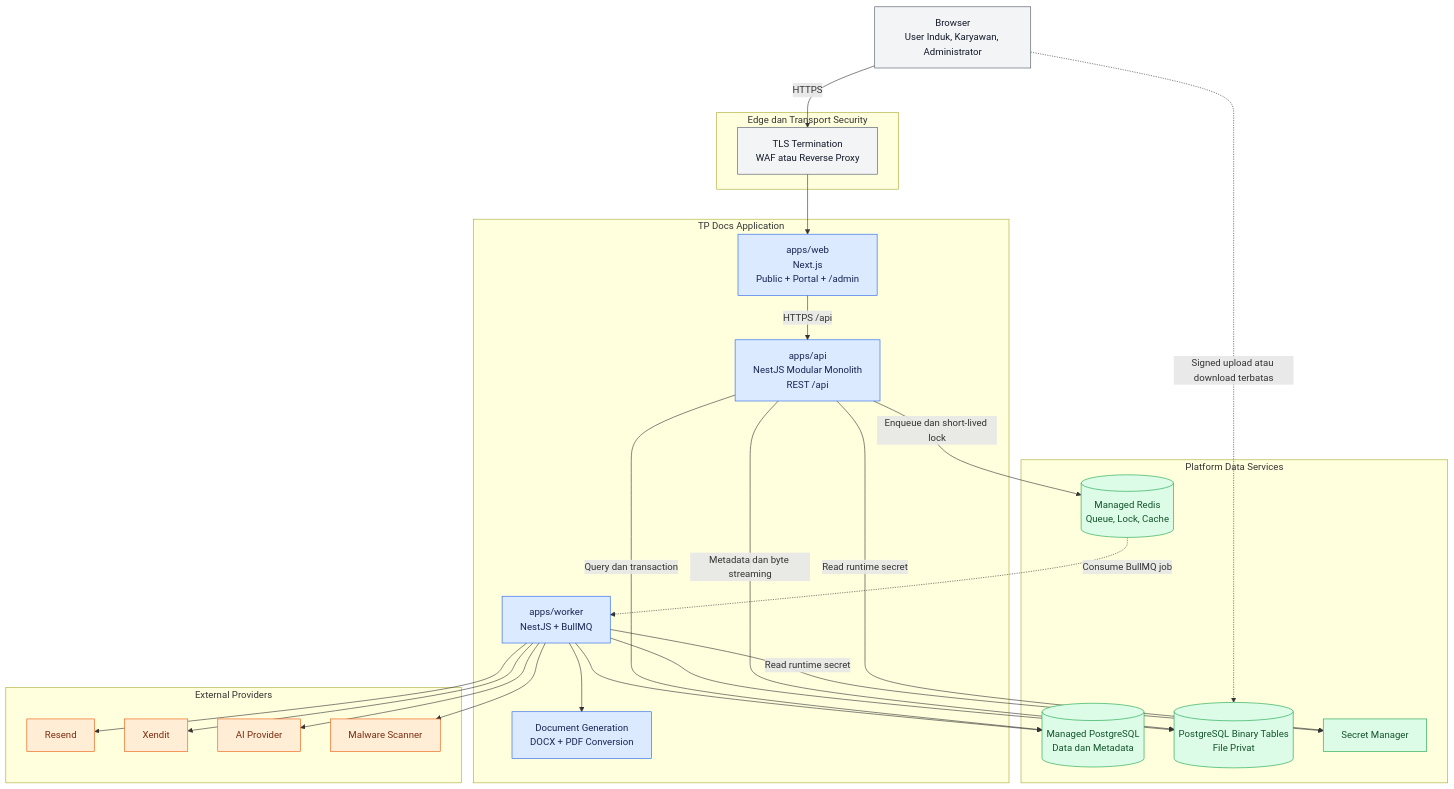
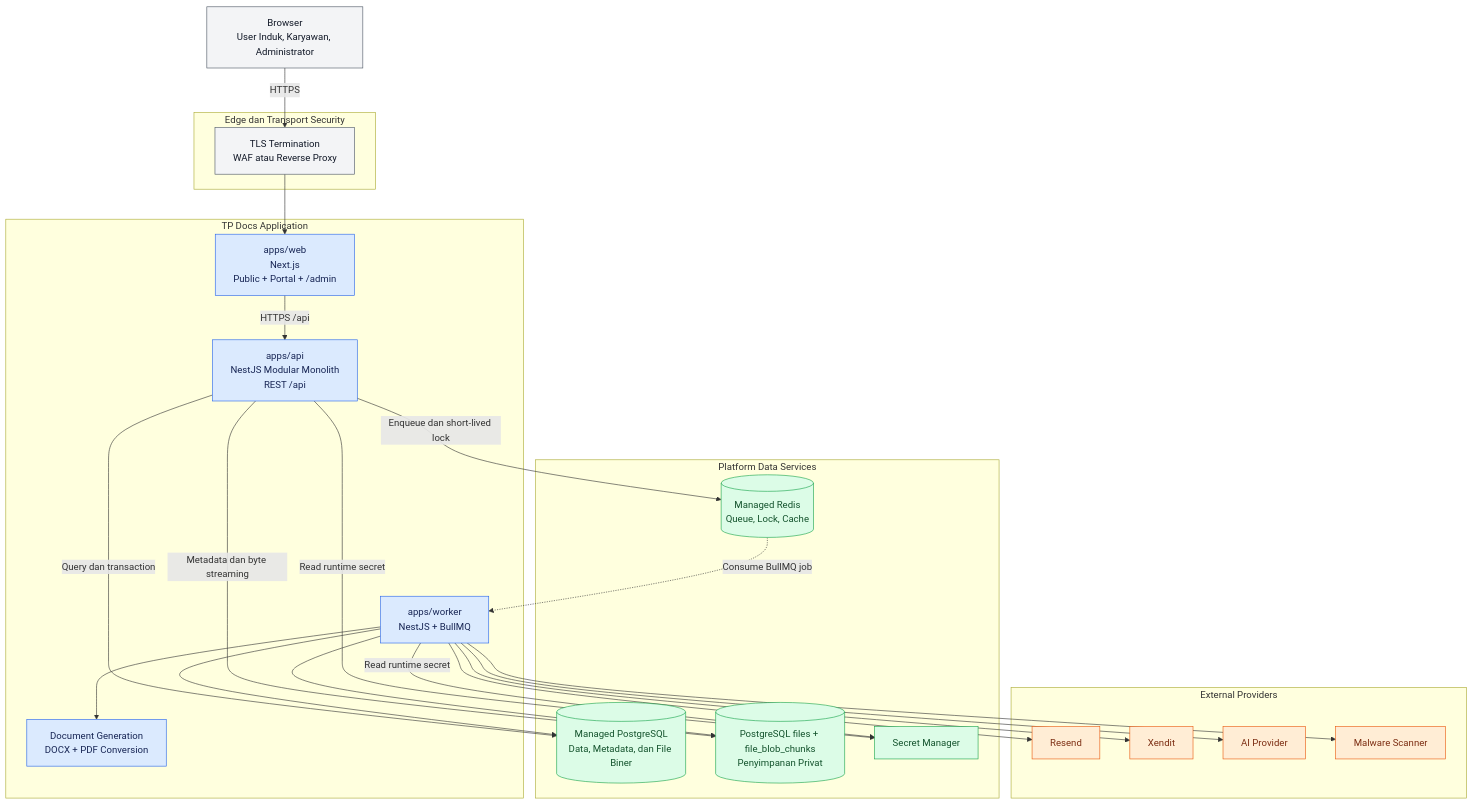
One commit to dayatmuc/tp-docs-documentation changed the second of 8 diagrams in 01-By-System/05-Architecture/System-Architecture.md. Above: the diagram before and after it, drawn with Mermaid. The commit also changed other lines of this file and 27 other files, not shown here.

````diff
--- a/01-By-System/05-Architecture/System-Architecture.md
+++ b/01-By-System/05-Architecture/System-Architecture.md
@@ -113,60 +114,59 @@
 ```mermaid
 flowchart TB
     BROWSER["Browser<br/>User Induk, Karyawan, Administrator"]
 
     subgraph EDGE["Edge dan Transport Security"]
         WAF["TLS Termination<br/>WAF atau Reverse Proxy"]
     end
 
     subgraph APPLICATION["TP Docs Application"]
         WEB["apps/web<br/>Next.js<br/>Public + Portal + /admin"]
         API["apps/api<br/>NestJS Modular Monolith<br/>REST /api"]
         WORKER["apps/worker<br/>NestJS + BullMQ"]
         DOCGEN["Document Generation<br/>DOCX + PDF Conversion"]
     end
 
     subgraph PLATFORM_DATA["Platform Data Services"]
-        POSTGRES[("Managed PostgreSQL<br/>Data dan Metadata")]
+        POSTGRES[("Managed PostgreSQL<br/>Data, Metadata, dan File Biner")]
         REDIS[("Managed Redis<br/>Queue, Lock, Cache")]
-        OBJECT[("PostgreSQL Binary Tables<br/>File Privat")]
+        OBJECT[("PostgreSQL files + file_blob_chunks<br/>Penyimpanan Privat")]
         SECRET["Secret Manager"]
     end
 
     subgraph PROVIDERS["External Providers"]
         RESEND["Resend"]
         XENDIT["Xendit"]
         AIPROVIDER["AI Provider"]
         SCANNER["Malware Scanner"]
     end
 
     BROWSER -->|"HTTPS"| WAF
     WAF --> WEB
     WEB -->|"HTTPS /api"| API
 
     API -->|"Query dan transaction"| POSTGRES
     API -->|"Enqueue dan short-lived lock"| REDIS
     API -->|"Metadata dan byte streaming"| OBJECT
     API -->|"Read runtime secret"| SECRET
 
     REDIS -.->|"Consume BullMQ job"| WORKER
     WORKER --> POSTGRES
     WORKER --> OBJECT
     WORKER --> DOCGEN
     WORKER --> RESEND
     WORKER --> XENDIT
     WORKER --> AIPROVIDER
     WORKER --> SCANNER
     WORKER -->|"Read runtime secret"| SECRET
 
-    BROWSER -.->|"Signed upload atau download terbatas"| OBJECT
 
     classDef client fill:#f3f4f6,stroke:#4b5563,color:#111827
     classDef app fill:#dbeafe,stroke:#2563eb,color:#172554
     classDef data fill:#dcfce7,stroke:#16a34a,color:#14532d
     classDef external fill:#ffedd5,stroke:#ea580c,color:#7c2d12
 
     class BROWSER,WAF client
     class WEB,API,WORKER,DOCGEN app
     class POSTGRES,REDIS,OBJECT,SECRET data
     class RESEND,XENDIT,AIPROVIDER,SCANNER external
 ```
````
